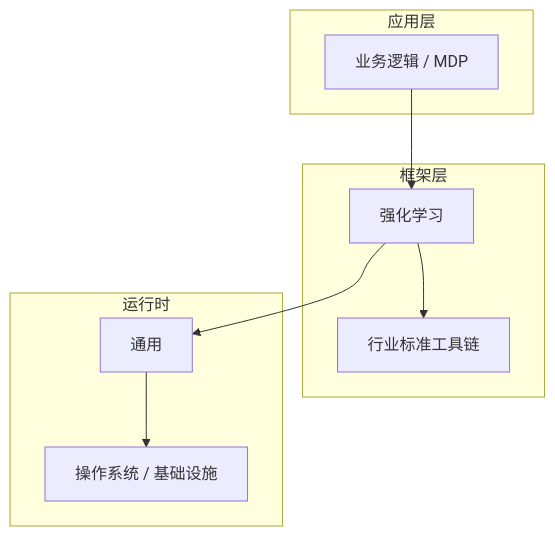
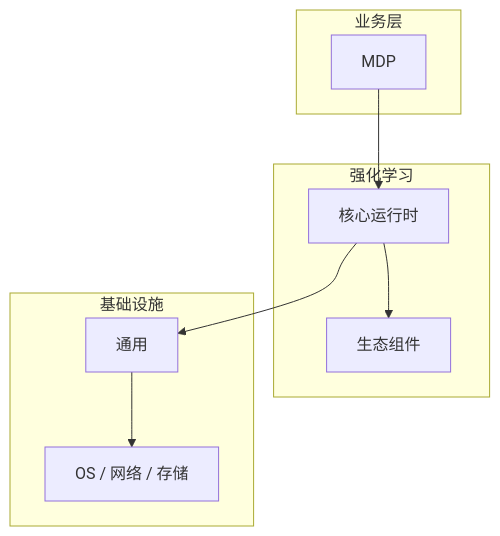
The diagram in articles/强化学习/chapters/006-MDP核心概念与原理.md (yanggan2015/knowledge-json-v2), drawn with Mermaid before and after one commit. The commit also changed other lines of this file and 10127 other files, not shown here.

````diff
--- a/articles/强化学习/chapters/006-MDP核心概念与原理.md
+++ b/articles/强化学习/chapters/006-MDP核心概念与原理.md
@@ -45,18 +30,18 @@
 ```mermaid
 graph TB
-    subgraph 应用层
-        A[业务逻辑 / MDP]
+    subgraph 业务层
+        A[MDP]
     end
-    subgraph 框架层
-        B[强化学习]
-        C[行业标准工具链]
+    subgraph 强化学习
+        B[核心运行时]
+        C[生态组件]
     end
-    subgraph 运行时
+    subgraph 基础设施
         D[通用]
-        E[操作系统 / 基础设施]
+        E[OS / 网络 / 存储]
     end
     A --> B
     B --> C
     B --> D
     D --> E
 ```
````
